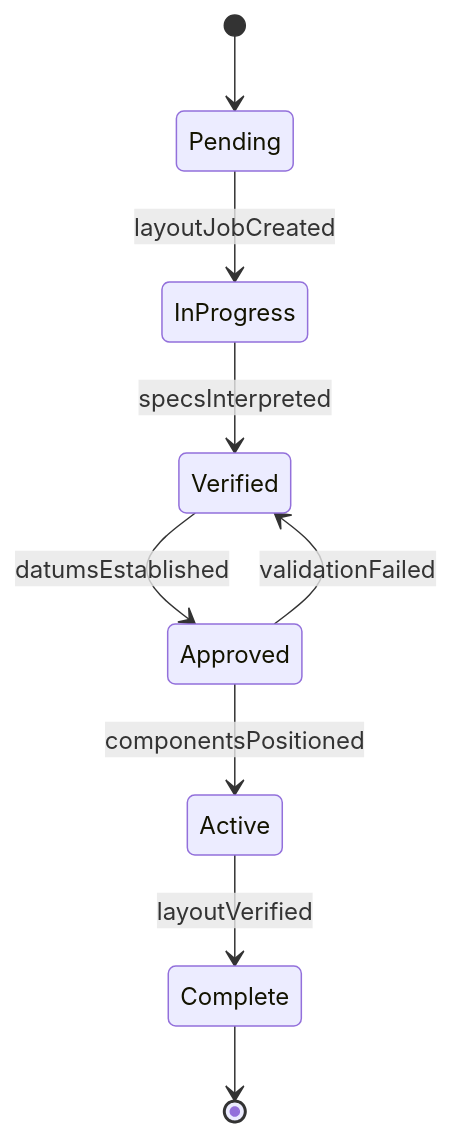
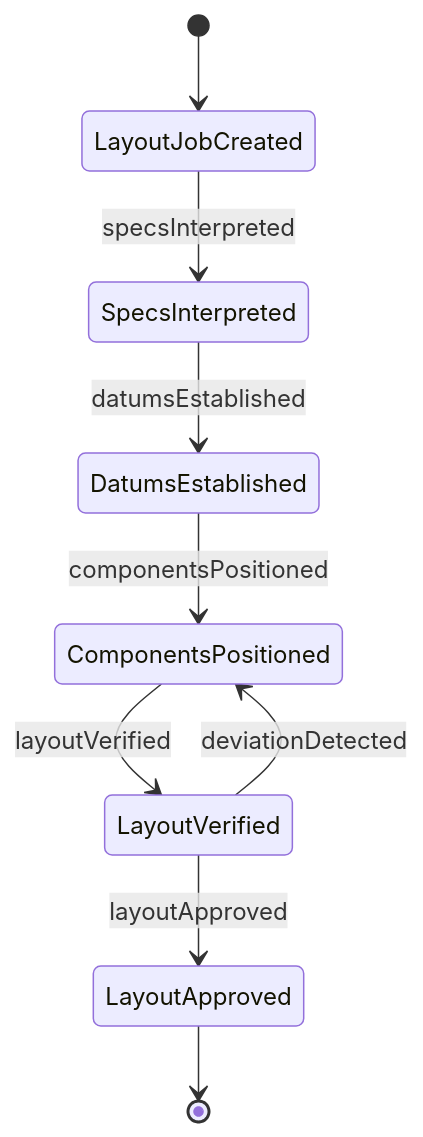
The second of 4 diagrams in HandlingAndMovingObjects/PositionMaterialsOrComponentsForAssembly/LayOutWorkAccordingSpecifications.mdx (dot-org-ai/tasks.org.ai), drawn with Mermaid before and after one commit. The commit also changed other lines of this file and 515 other files, not shown here.

````diff
--- a/HandlingAndMovingObjects/PositionMaterialsOrComponentsForAssembly/LayOutWorkAccordingSpecifications.mdx
+++ b/HandlingAndMovingObjects/PositionMaterialsOrComponentsForAssembly/LayOutWorkAccordingSpecifications.mdx
@@ -99,11 +99,11 @@
 ```mermaid
 stateDiagram-v2
-    [*] --> Pending
-    Pending --> InProgress : layoutJobCreated
-    InProgress --> Verified : specsInterpreted
-    Verified --> Approved : datumsEstablished
-    Approved --> Active : componentsPositioned
-    Active --> Complete : layoutVerified
-    Approved --> Verified : validationFailed
-    Complete --> [*]
+    [*] --> LayoutJobCreated
+    LayoutJobCreated --> SpecsInterpreted : specsInterpreted
+    SpecsInterpreted --> DatumsEstablished : datumsEstablished
+    DatumsEstablished --> ComponentsPositioned : componentsPositioned
+    ComponentsPositioned --> LayoutVerified : layoutVerified
+    LayoutVerified --> ComponentsPositioned : deviationDetected
+    LayoutVerified --> LayoutApproved : layoutApproved
+    LayoutApproved --> [*]
 ```
````
